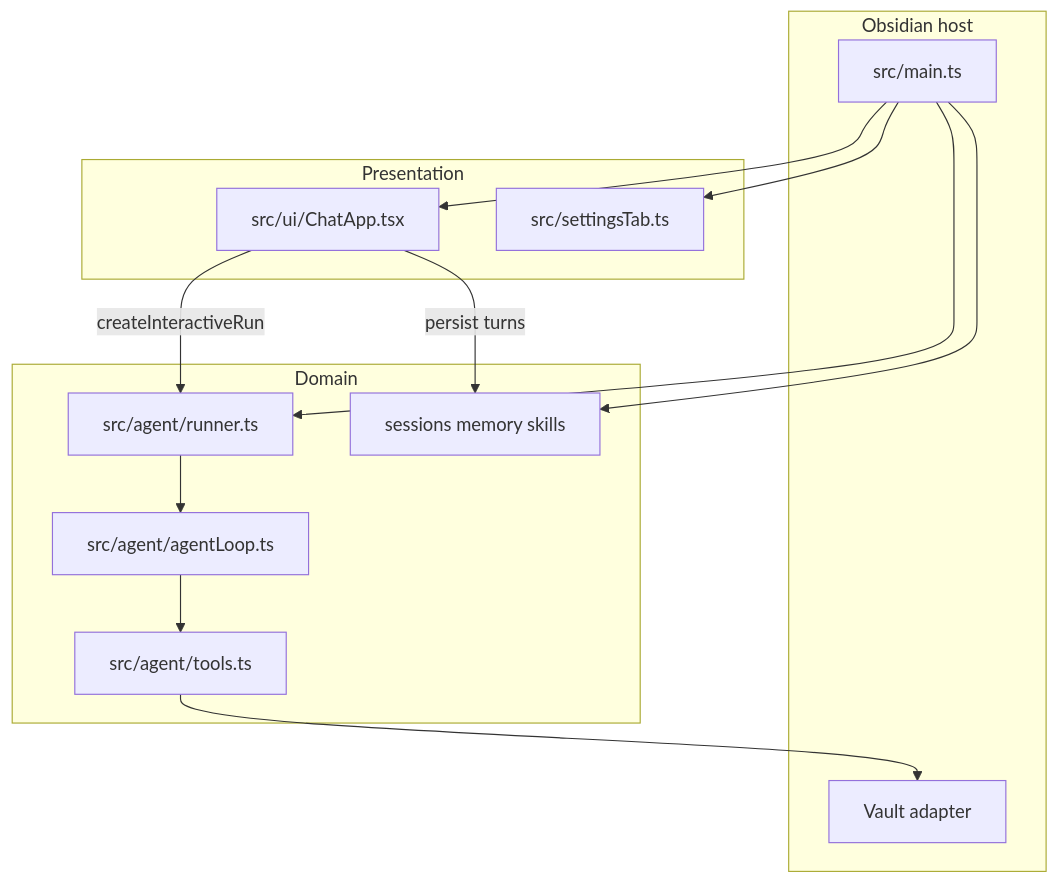
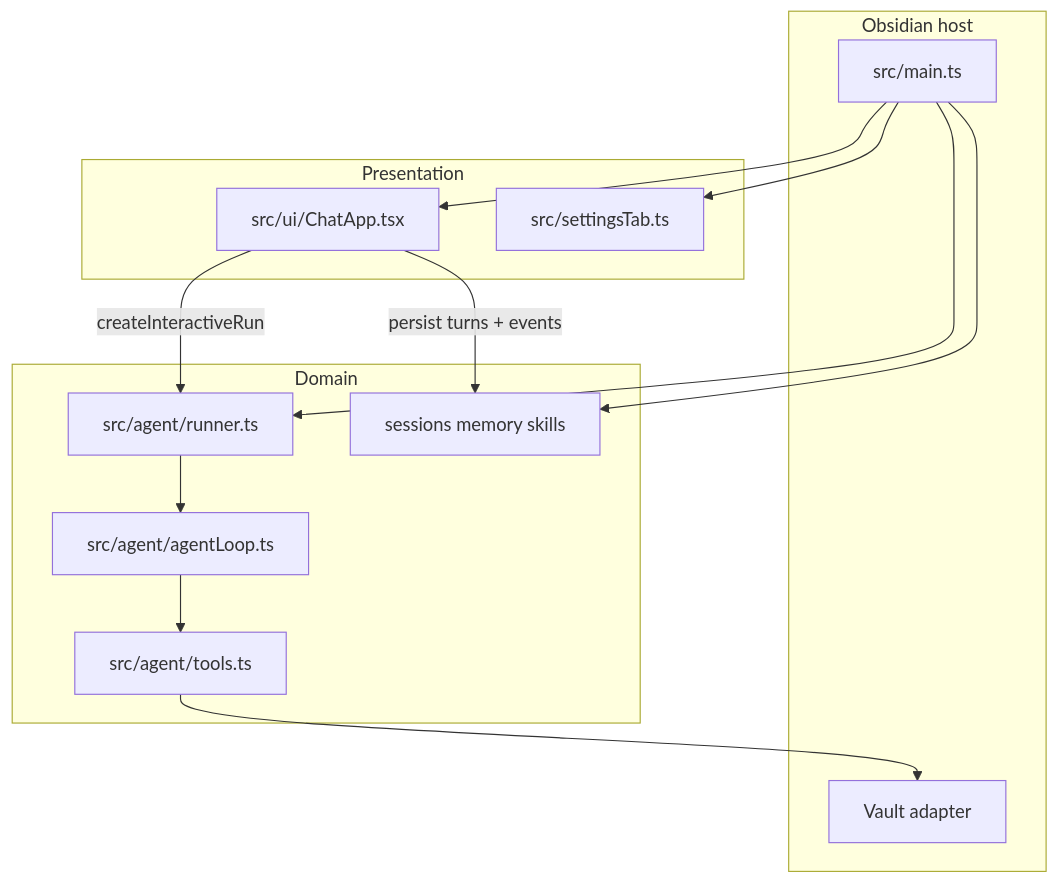
One commit to anythinguseful/obsidian-openagent changed the first of 4 diagrams in docs/reference/architecture.md. Above: the diagram before and after it, drawn with Mermaid. The commit also changed other lines of this file and 9 other files, not shown here.

````diff
--- a/docs/reference/architecture.md
+++ b/docs/reference/architecture.md
@@ -33,26 +33,26 @@
 ```mermaid
 flowchart TB
   subgraph host [Obsidian host]
     Main[src/main.ts]
     Vault[Vault adapter]
   end
   subgraph ui [Presentation]
     Chat[src/ui/ChatApp.tsx]
     Settings[src/settingsTab.ts]
   end
   subgraph domain [Domain]
     Runner[src/agent/runner.ts]
     Loop[src/agent/agentLoop.ts]
     Tools[src/agent/tools.ts]
     Stores[sessions memory skills]
   end
   Main --> Runner
   Main --> Chat
   Main --> Settings
   Main --> Stores
   Chat -->|createInteractiveRun| Runner
   Runner --> Loop
   Loop --> Tools
   Tools --> Vault
-  Chat -->|persist turns| Stores
+  Chat -->|persist turns + events| Stores
 ```
````
